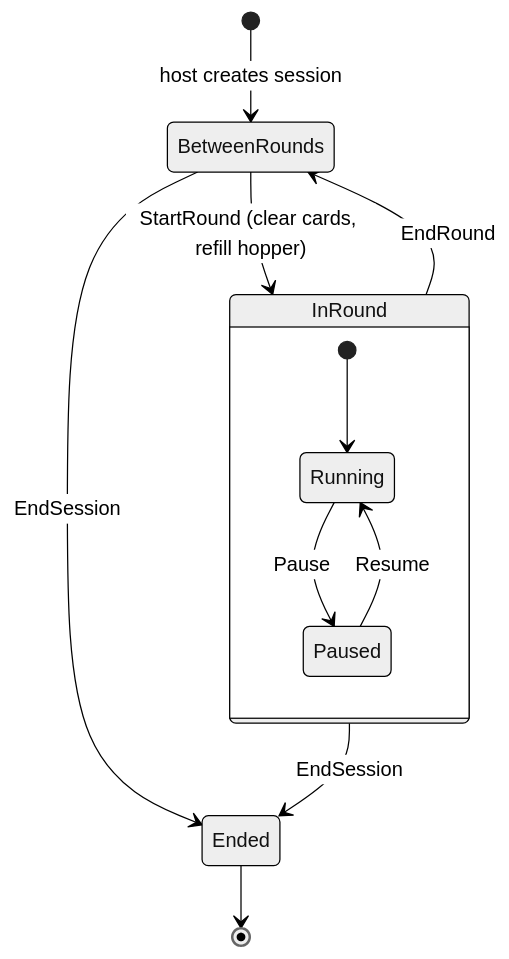
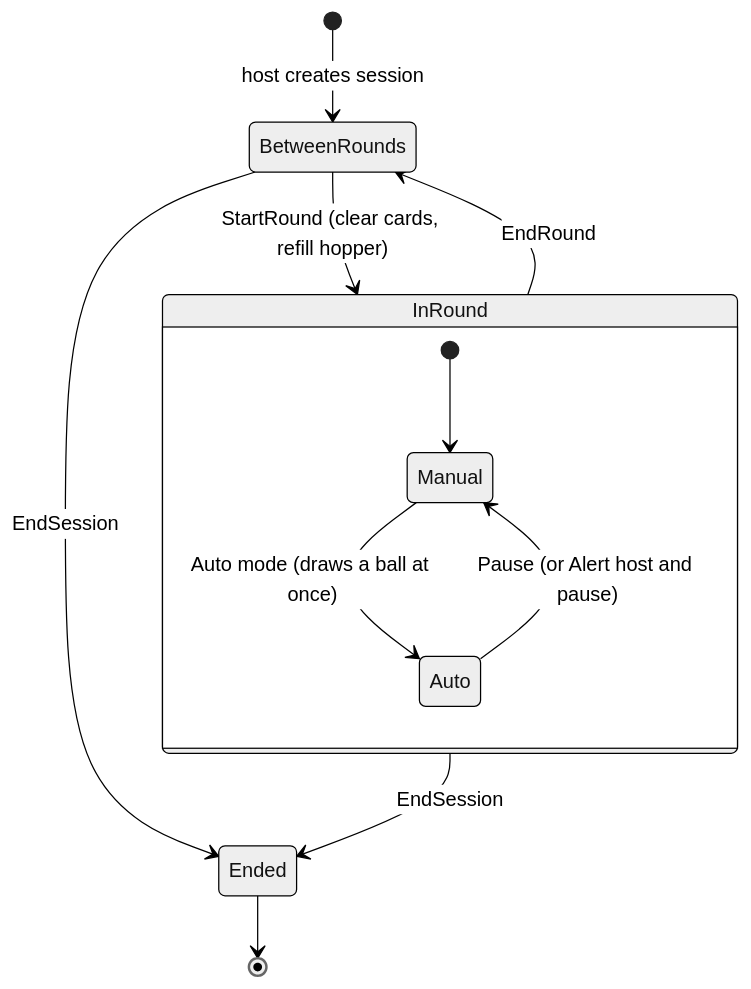
Before and after one commit to icemanjr/SyncBingo: the first of 2 diagrams in docs/03-game-state-machine.md, drawn with Mermaid (neutral theme). The commit also changed other lines of this file and 16 other files, not shown here.

First line of the commit message:
refactor(domain): replace pause/resume with manual and auto calling (#15)

````diff
--- a/docs/03-game-state-machine.md
+++ b/docs/03-game-state-machine.md
@@ -5,14 +5,14 @@
 ```mermaid
 stateDiagram-v2
     [*] --> BetweenRounds : host creates session
     BetweenRounds --> InRound : StartRound (clear cards, refill hopper)
     state InRound {
-        [*] --> Running
-        Running --> Paused : Pause
-        Paused --> Running : Resume
+        [*] --> Manual
+        Manual --> Auto : Auto mode (draws a ball at once)
+        Auto --> Manual : Pause (or Alert host and pause)
     }
     InRound --> BetweenRounds : EndRound
     BetweenRounds --> Ended : EndSession
     InRound --> Ended : EndSession
     Ended --> [*]
 ```
````
